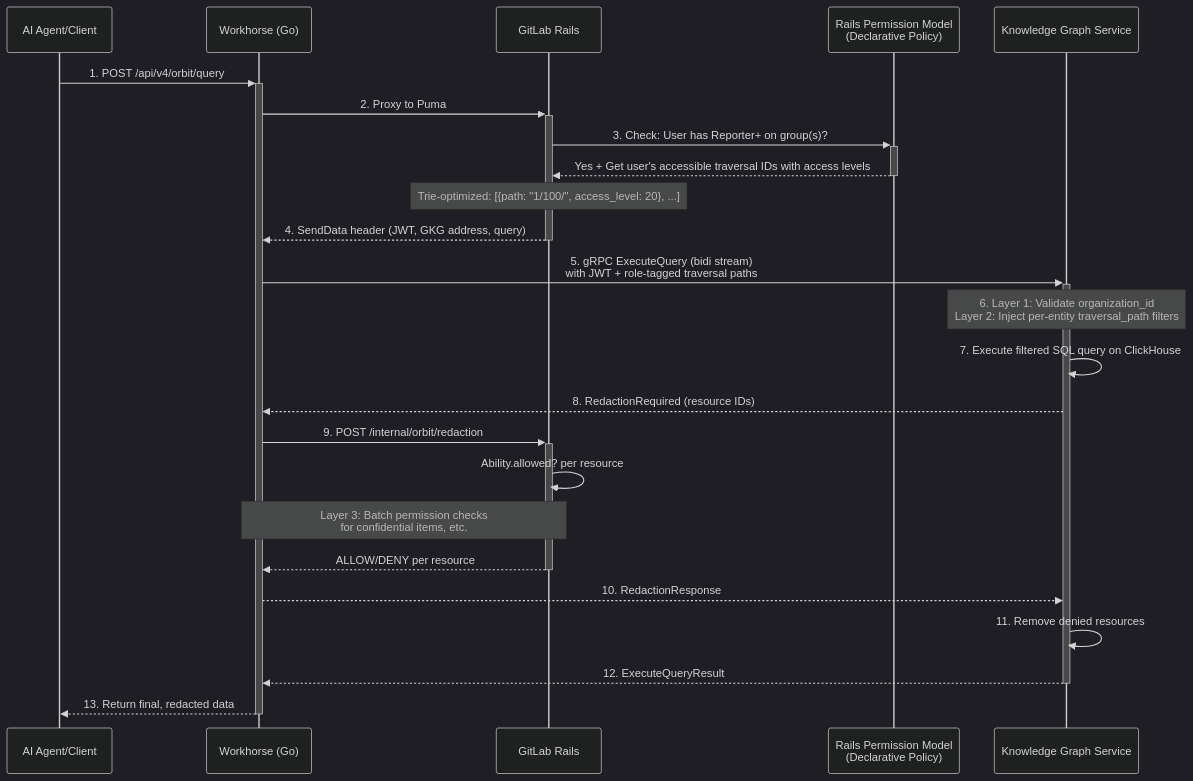
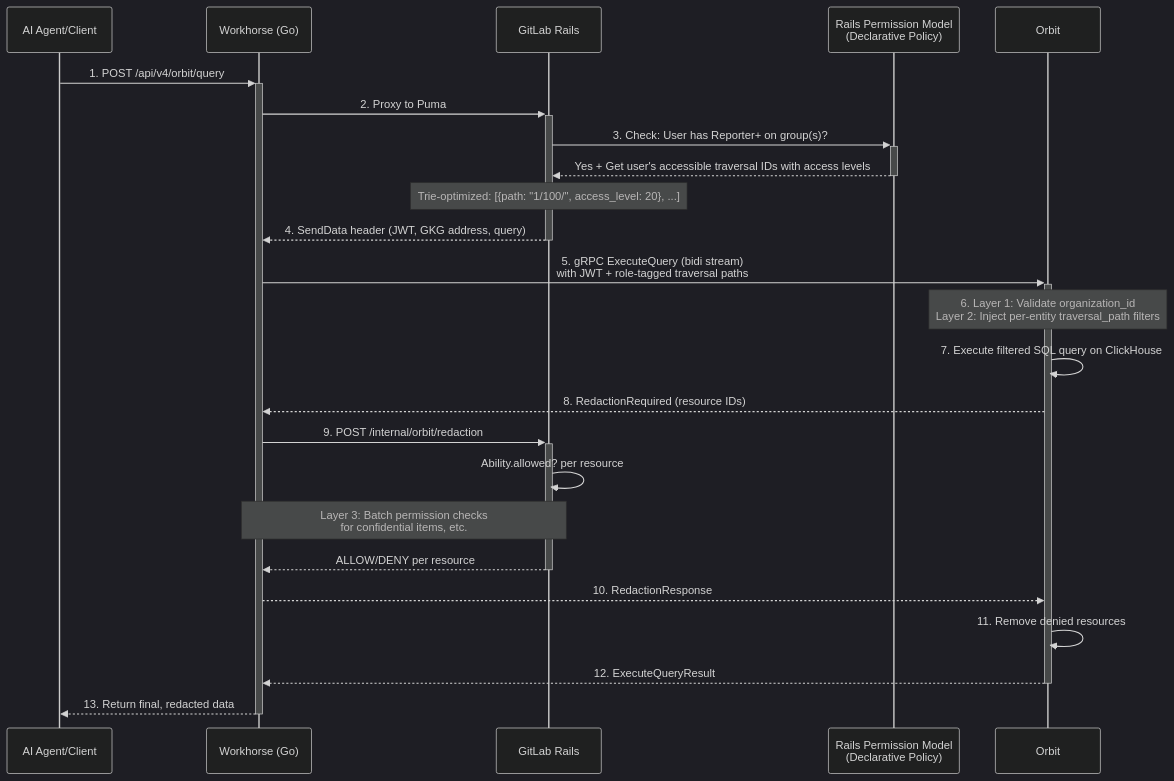
One commit to gitlabhq/orbit-knowledge-graph changed the first of 4 diagrams in docs/design-documents/security.md. Above: the diagram before and after it, drawn with Mermaid (dark theme). The commit also changed other lines of this file and 94 other files, not shown here.

Commit message:
docs(orbit): say Orbit instead of Knowledge Graph across prose

````diff
--- a/docs/design-documents/security.md
+++ b/docs/design-documents/security.md
@@ -29,30 +29,30 @@
 ```mermaid
 sequenceDiagram
     participant Client as AI Agent/Client
     participant Workhorse as Workhorse (Go)
     participant Rails as GitLab Rails
     participant AuthZ as Rails Permission Model<br/>(Declarative Policy)
-    participant GKG as Knowledge Graph Service
+    participant GKG as Orbit
 
     Client->>+Workhorse: 1. POST /api/v4/orbit/query
     Workhorse->>+Rails: 2. Proxy to Puma
     Rails->>+AuthZ: 3. Check: User has Reporter+ on group(s)?
     AuthZ-->>-Rails: Yes + Get user's accessible traversal IDs with access levels
     Note over Rails: Trie-optimized: [{path: "1/100/", access_level: 20}, ...]
     Rails-->>-Workhorse: 4. SendData header (JWT, GKG address, query)
 
     Workhorse->>+GKG: 5. gRPC ExecuteQuery (bidi stream)<br/>with JWT + role-tagged traversal paths
     Note over GKG: 6. Layer 1: Validate organization_id<br/>Layer 2: Inject per-entity traversal_path filters
     GKG->>GKG: 7. Execute filtered SQL query on ClickHouse
 
     GKG-->>Workhorse: 8. RedactionRequired (resource IDs)
     Workhorse->>+Rails: 9. POST /internal/orbit/redaction
     Rails->>Rails: Ability.allowed? per resource
     Note over Workhorse, Rails: Layer 3: Batch permission checks<br/>for confidential items, etc.
     Rails-->>-Workhorse: ALLOW/DENY per resource
     Workhorse-->>GKG: 10. RedactionResponse
 
     GKG->>GKG: 11. Remove denied resources
     GKG-->>-Workhorse: 12. ExecuteQueryResult
     Workhorse-->>-Client: 13. Return final, redacted data
 ```
````
